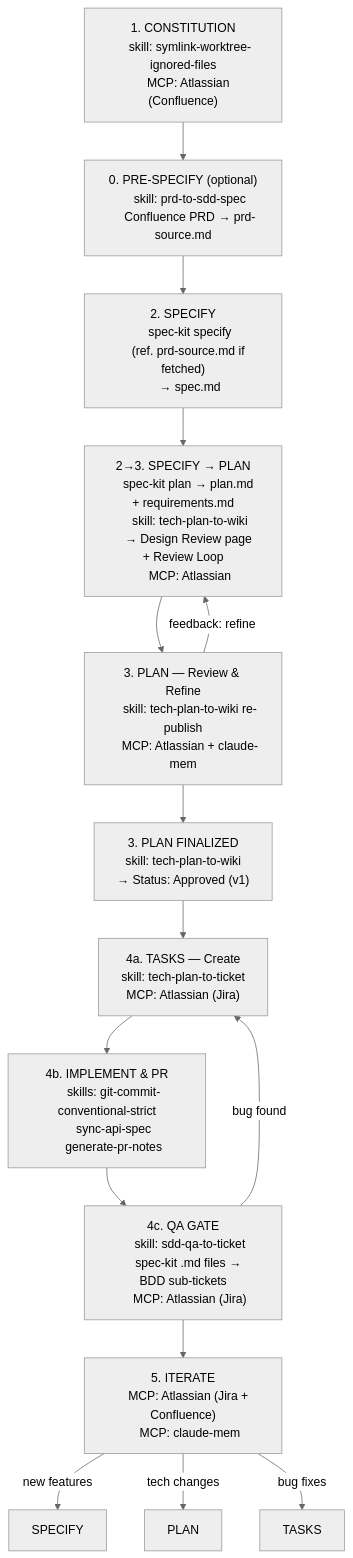
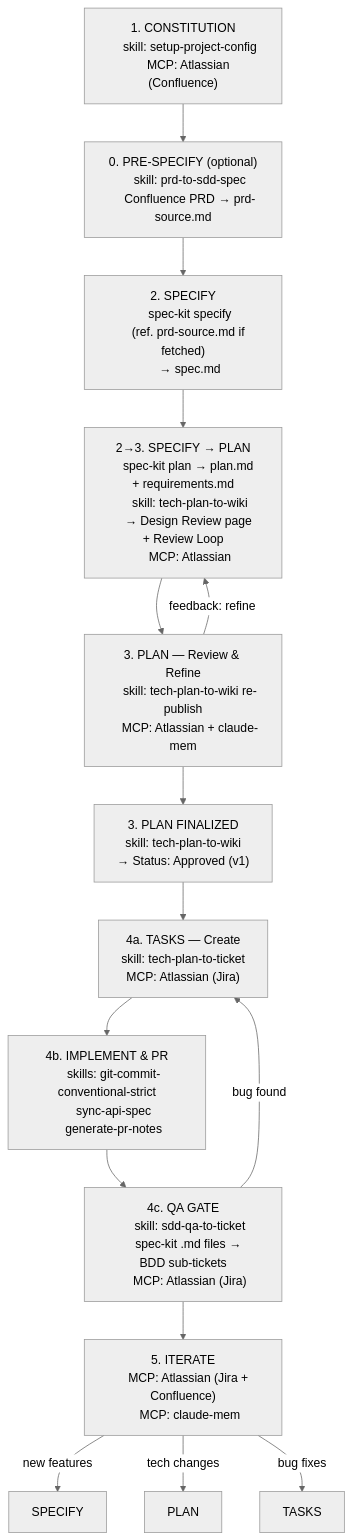
The diagram in docs/sdd-skills-map.md (jamesyang124/agent-skills), drawn with Mermaid (neutral theme) before and after one commit. The commit also changed other lines of this file and 8 other files, not shown here.

First line of the commit message:
chore(skills): 🔥 remove symlink-worktree-ignored-files; changelog explains the restructure

````diff
--- a/docs/sdd-skills-map.md
+++ b/docs/sdd-skills-map.md
@@ -9,66 +9,66 @@
 ```mermaid
 graph TD
     P1["1. CONSTITUTION
-    skill: symlink-worktree-ignored-files
+    skill: setup-project-config
     MCP: Atlassian (Confluence)"]
 
     P0["0. PRE-SPECIFY (optional)
     skill: prd-to-sdd-spec
     Confluence PRD → prd-source.md"]
 
     P2["2. SPECIFY
     spec-kit specify
     (ref. prd-source.md if fetched)
     → spec.md"]
 
     P3["2→3. SPECIFY → PLAN
     spec-kit plan → plan.md + requirements.md
     skill: tech-plan-to-wiki
     → Design Review page + Review Loop
     MCP: Atlassian"]
 
     P4["3. PLAN — Review & Refine
     skill: tech-plan-to-wiki re-publish
     MCP: Atlassian + claude-mem"]
 
     P4b["3. PLAN FINALIZED
     skill: tech-plan-to-wiki
     → Status: Approved (v1)"]
 
     P5a["4a. TASKS — Create
     skill: tech-plan-to-ticket
     MCP: Atlassian (Jira)"]
 
     P5b["4b. IMPLEMENT & PR
     skills: git-commit-conventional-strict
     sync-api-spec
     generate-pr-notes"]
 
     P5c["4c. QA GATE
     skill: sdd-qa-to-ticket
     spec-kit .md files → BDD sub-tickets
     MCP: Atlassian (Jira)"]
 
     P6["5. ITERATE
     MCP: Atlassian (Jira + Confluence)
     MCP: claude-mem"]
 
     SPECIFY["SPECIFY"]
     PLAN["PLAN"]
     TASKS["TASKS"]
 
     P1 --> P0
     P0 --> P2
     P2 --> P3
     P3 --> P4
     P4 -->|"feedback: refine"| P3
     P4 --> P4b
     P4b --> P5a
     P5a --> P5b
     P5b --> P5c
     P5c -->|"bug found"| P5a
     P5c --> P6
     P6 -->|"new features"| SPECIFY
     P6 -->|"tech changes"| PLAN
     P6 -->|"bug fixes"| TASKS
 ```
````
